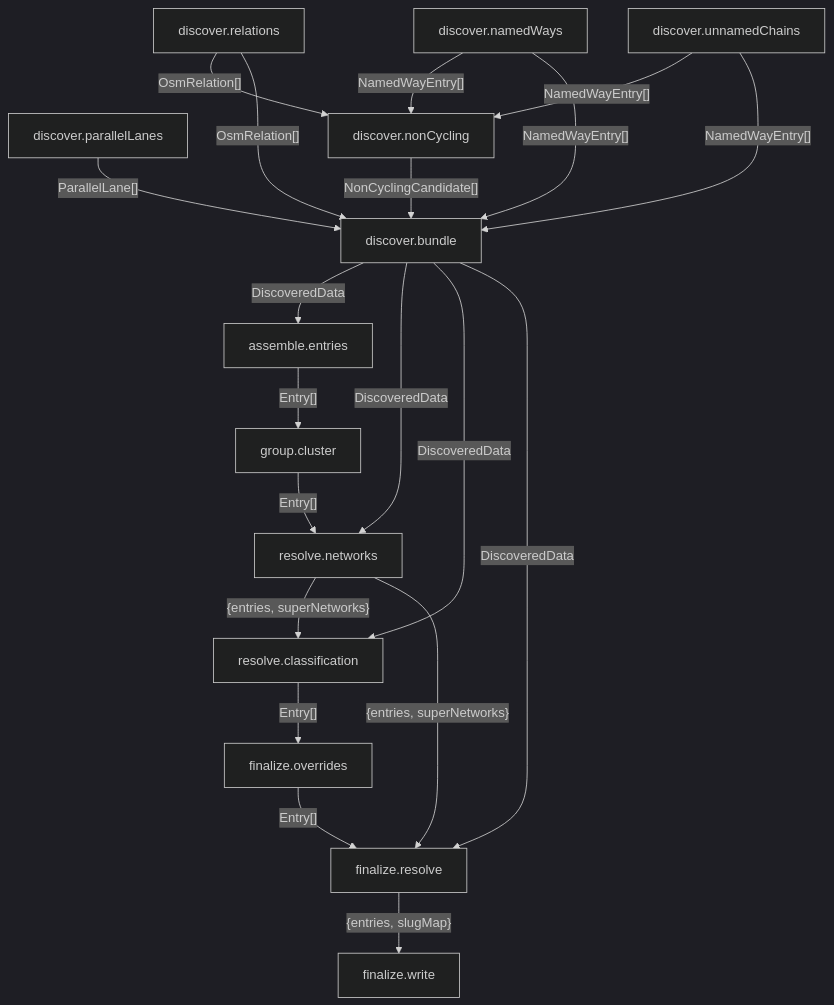
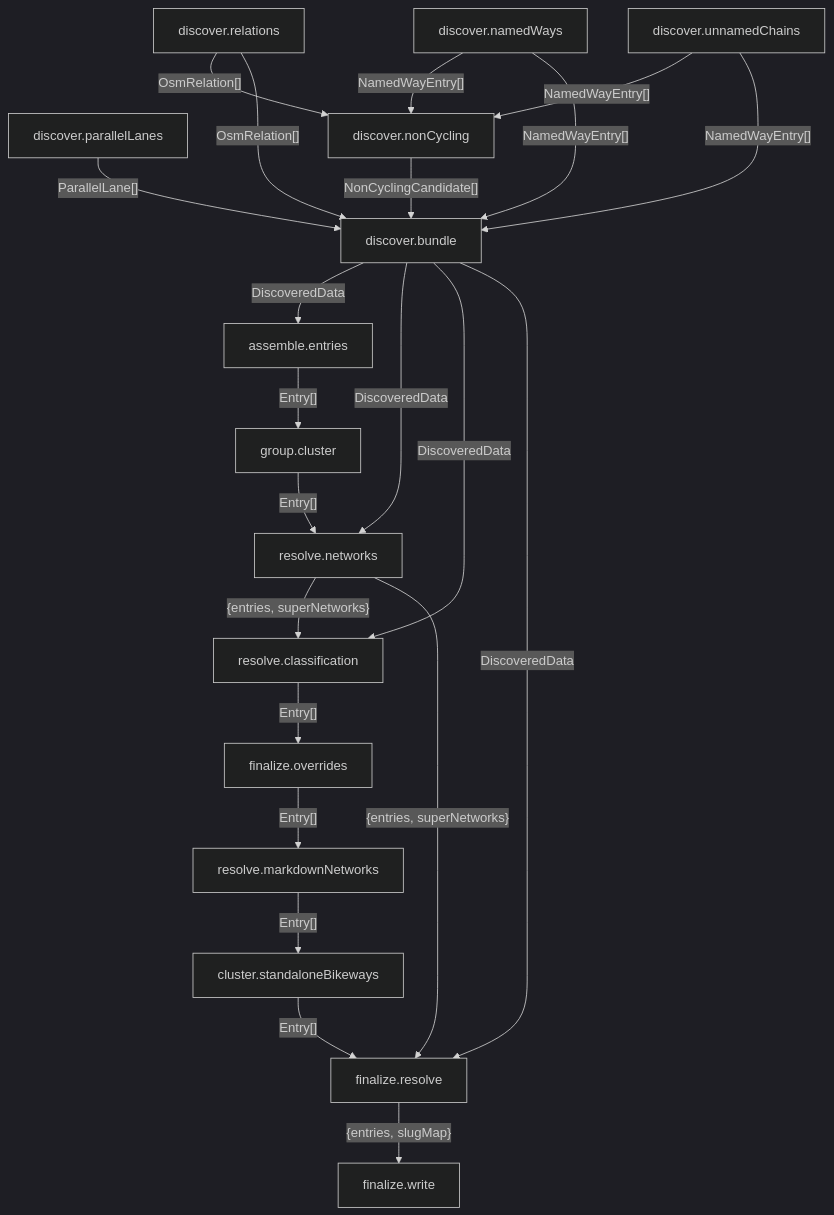
Before and after one commit to eljojo/bike-app-astro: the diagram in _ctx/pipeline-graph.md, drawn with Mermaid (dark theme). The commit also changed other lines of this file and 6 other files, not shown here.

````diff
--- a/_ctx/pipeline-graph.md
+++ b/_ctx/pipeline-graph.md
@@ -34,35 +36,39 @@
 ```mermaid
 graph TD
   discover_relations["discover.relations"]
   discover_namedWays["discover.namedWays"]
   discover_parallelLanes["discover.parallelLanes"]
   discover_unnamedChains["discover.unnamedChains"]
   discover_nonCycling["discover.nonCycling"]
   discover_bundle["discover.bundle"]
   assemble_entries["assemble.entries"]
   group_cluster["group.cluster"]
   resolve_networks["resolve.networks"]
   resolve_classification["resolve.classification"]
   finalize_overrides["finalize.overrides"]
+  resolve_markdownNetworks["resolve.markdownNetworks"]
+  cluster_standaloneBikeways["cluster.standaloneBikeways"]
   finalize_resolve["finalize.resolve"]
   finalize_write["finalize.write"]
   discover_relations -->|"OsmRelation[]"| discover_nonCycling
   discover_namedWays -->|"NamedWayEntry[]"| discover_nonCycling
   discover_unnamedChains -->|"NamedWayEntry[]"| discover_nonCycling
   discover_relations -->|"OsmRelation[]"| discover_bundle
   discover_namedWays -->|"NamedWayEntry[]"| discover_bundle
   discover_parallelLanes -->|"ParallelLane[]"| discover_bundle
   discover_unnamedChains -->|"NamedWayEntry[]"| discover_bundle
   discover_nonCycling -->|"NonCyclingCandidate[]"| discover_bundle
   discover_bundle -->|"DiscoveredData"| assemble_entries
   assemble_entries -->|"Entry[]"| group_cluster
   group_cluster -->|"Entry[]"| resolve_networks
   discover_bundle -->|"DiscoveredData"| resolve_networks
   resolve_networks -->|"{entries, superNetworks}"| resolve_classification
   discover_bundle -->|"DiscoveredData"| resolve_classification
   resolve_classification -->|"Entry[]"| finalize_overrides
-  finalize_overrides -->|"Entry[]"| finalize_resolve
+  finalize_overrides -->|"Entry[]"| resolve_markdownNetworks
+  resolve_markdownNetworks -->|"Entry[]"| cluster_standaloneBikeways
+  cluster_standaloneBikeways -->|"Entry[]"| finalize_resolve
   resolve_networks -->|"{entries, superNetworks}"| finalize_resolve
   discover_bundle -->|"DiscoveredData"| finalize_resolve
   finalize_resolve -->|"{entries, slugMap}"| finalize_write
 ```
````
